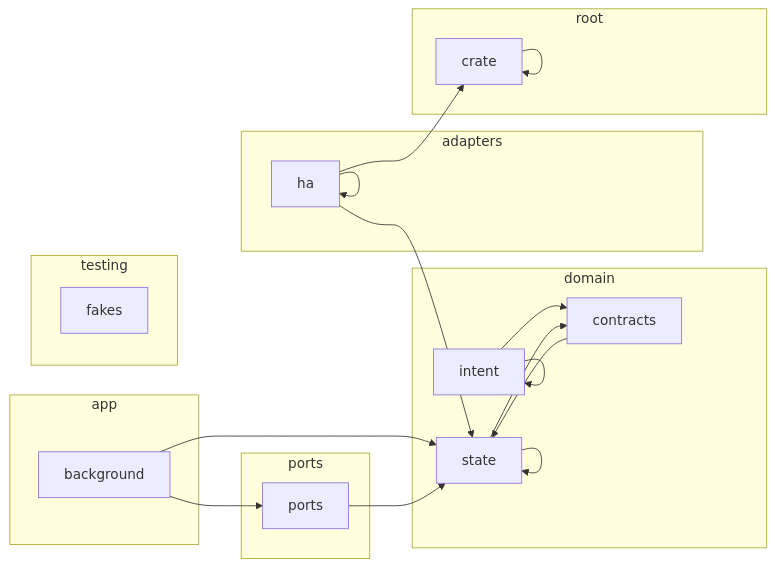
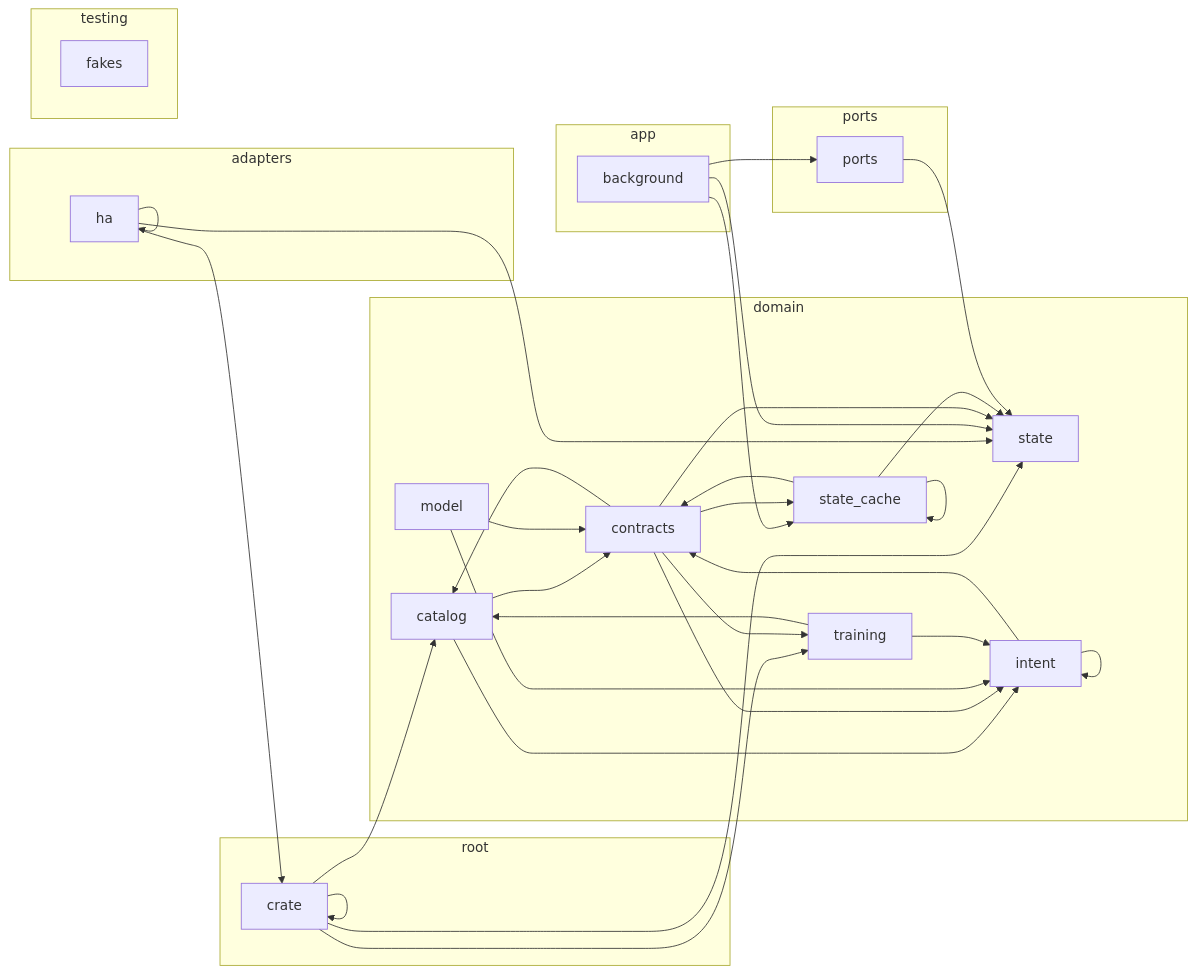
The diagram in docs/architecture.md (louislang/ha-jarvis), drawn with Mermaid before and after one commit. The commit also changed other lines of this file and 5 other files, not shown here.

First line of the commit message:
Fix: Diagram in Each PR

````diff
--- a/docs/architecture.md
+++ b/docs/architecture.md
@@ -5,35 +5,54 @@
 ```mermaid
 flowchart LR
     subgraph adapters
         crate_adapters_ha[ha]
     end
     subgraph app
         crate_app_background[background]
     end
     subgraph domain
+        crate_domain_catalog[catalog]
         crate_domain_contracts[contracts]
         crate_domain_intent[intent]
+        crate_domain_model[model]
         crate_domain_state[state]
+        crate_domain_state_cache[state_cache]
+        crate_domain_training[training]
     end
     subgraph ports
         crate_ports[ports]
     end
     subgraph root
         crate[crate]
     end
     subgraph testing
         crate_testing_fakes[fakes]
     end
     crate --> crate
+    crate --> crate_domain_catalog
+    crate --> crate_domain_state
+    crate --> crate_domain_training
     crate_adapters_ha --> crate
     crate_adapters_ha --> crate_adapters_ha
     crate_adapters_ha --> crate_domain_state
     crate_app_background --> crate_domain_state
+    crate_app_background --> crate_domain_state_cache
     crate_app_background --> crate_ports
+    crate_domain_catalog --> crate_domain_contracts
+    crate_domain_catalog --> crate_domain_intent
+    crate_domain_contracts --> crate_domain_catalog
+    crate_domain_contracts --> crate_domain_intent
     crate_domain_contracts --> crate_domain_state
+    crate_domain_contracts --> crate_domain_state_cache
+    crate_domain_contracts --> crate_domain_training
     crate_domain_intent --> crate_domain_contracts
     crate_domain_intent --> crate_domain_intent
-    crate_domain_state --> crate_domain_contracts
-    crate_domain_state --> crate_domain_state
+    crate_domain_model --> crate_domain_contracts
+    crate_domain_model --> crate_domain_intent
+    crate_domain_state_cache --> crate_domain_contracts
+    crate_domain_state_cache --> crate_domain_state
+    crate_domain_state_cache --> crate_domain_state_cache
+    crate_domain_training --> crate_domain_catalog
+    crate_domain_training --> crate_domain_intent
     crate_ports --> crate_domain_state
 ```
````
